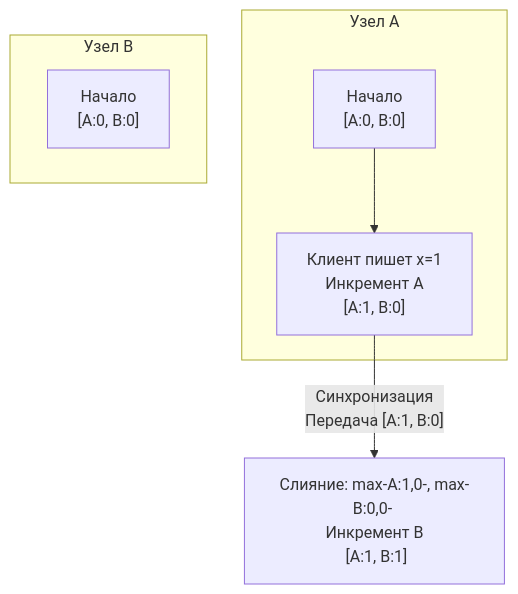
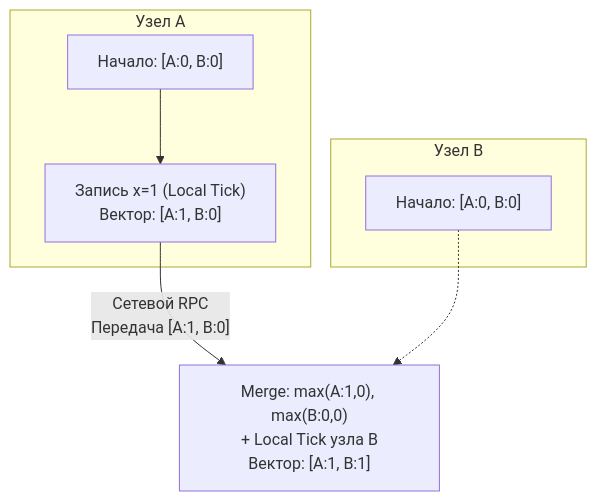
The diagram in sources/14. Распределенные системы на Go/03. Данные и согласованность/5. Vector clocks.md (UnrealTemplier/go-textbook), drawn with Mermaid before and after one commit. The commit also changed other lines of this file, not shown here.

````diff
--- a/sources/14. Распределенные системы на Go/03. Данные и согласованность/5. Vector clocks.md
+++ b/sources/14. Распределенные системы на Go/03. Данные и согласованность/5. Vector clocks.md
@@ -34,12 +57,13 @@
 ```mermaid
 flowchart TD
-    subgraph Узел A
-        A1["Начало <br> [A:0, B:0]"] --> A2["Клиент пишет x=1 <br> Инкремент A <br> [A:1, B:0]"]
+    subgraph NodeA ["Узел A"]
+        A1["Начало: [A:0, B:0]"] --> A2["Запись x=1 (Local Tick)<br/>Вектор: [A:1, B:0]"]
     end
     
-    subgraph Узел B
-        B1["Начало <br> [A:0, B:0]"]
+    subgraph NodeB ["Узел B"]
+        B1["Начало: [A:0, B:0]"]
     end
     
-    A2 -->|"Синхронизация <br> Передача [A:1, B:0]"| B2["Слияние: max-A:1,0-, max-B:0,0- <br> Инкремент B <br> [A:1, B:1]"]
+    A2 -->|"Сетевой RPC<br/>Передача [A:1, B:0]"| B2["Merge: max(A:1,0), max(B:0,0)<br/>+ Local Tick узла B<br/>Вектор: [A:1, B:1]"]
+    B1 -.-> B2
 ```
````
